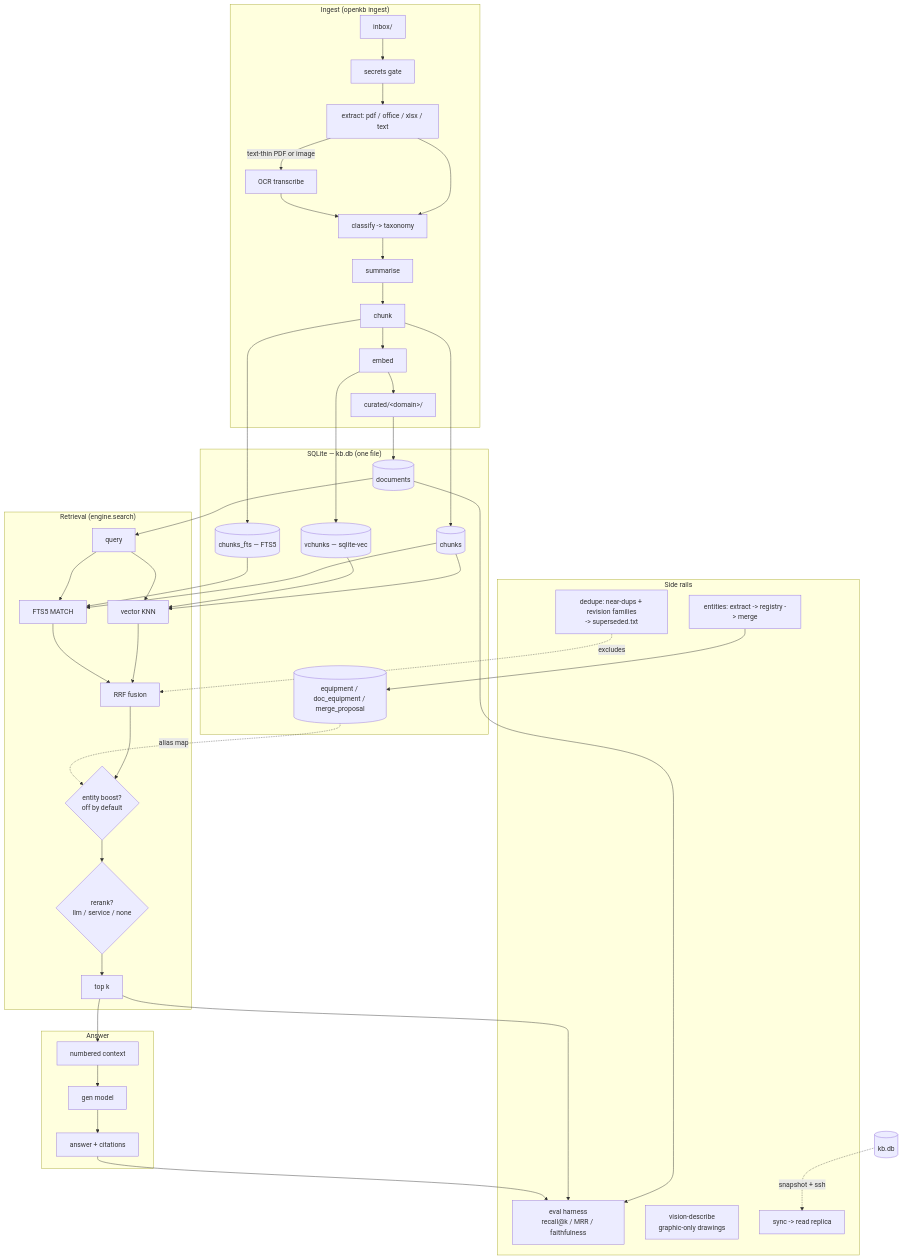
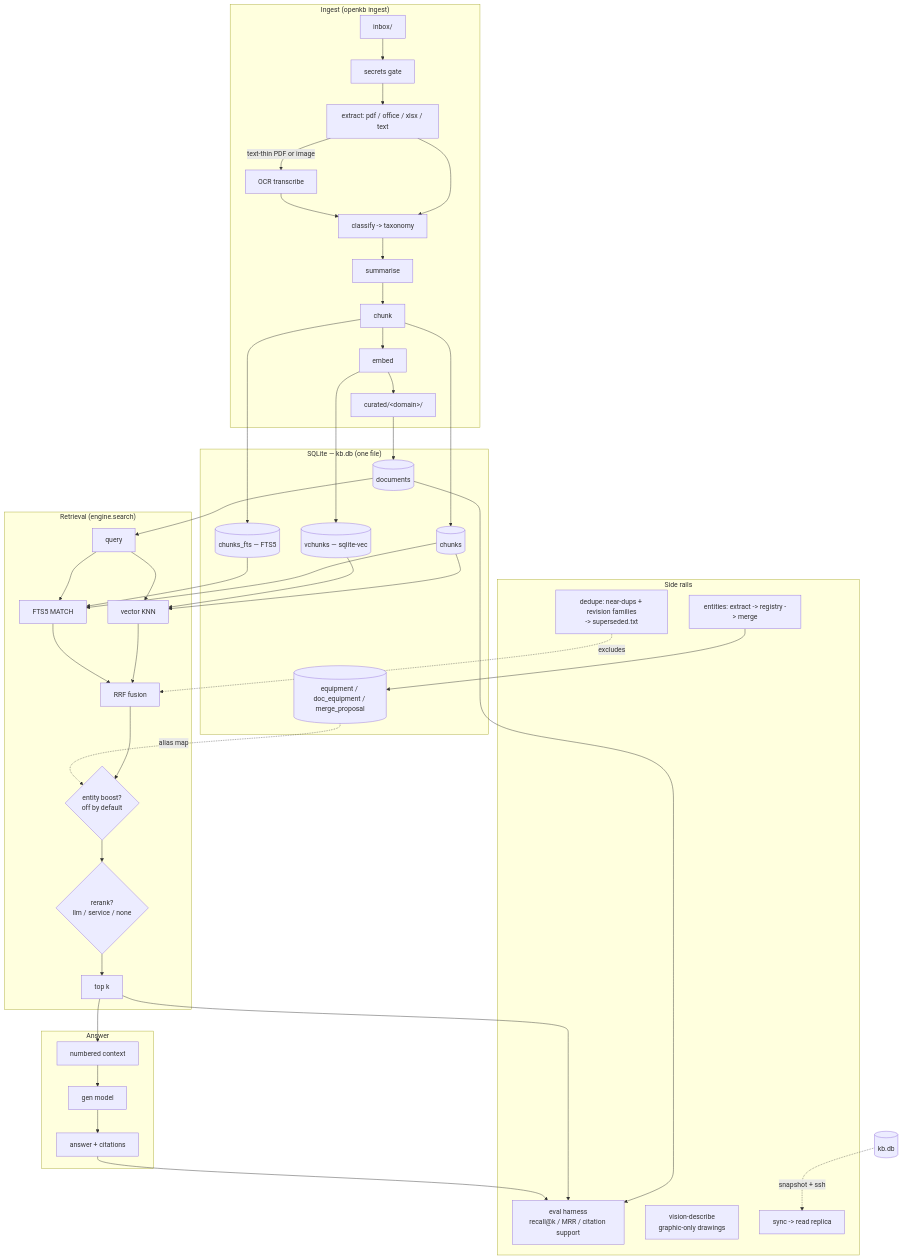
Before and after one commit to oraclemangle/open-kb: the diagram in docs/architecture.md, drawn with Mermaid. The commit also changed other lines of this file and 10 other files, not shown here.

````diff
--- a/docs/architecture.md
+++ b/docs/architecture.md
@@ -12,66 +12,66 @@
 ```mermaid
 flowchart TB
     subgraph ingest["Ingest (openkb ingest)"]
         A[inbox/] --> B[secrets gate]
         B --> C[extract: pdf / office / xlsx / text]
         C -->|text-thin PDF or image| D[OCR transcribe]
         C --> E[classify -> taxonomy]
         D --> E
         E --> F[summarise]
         F --> G[chunk]
         G --> H[embed]
         H --> I[curated/&lt;domain&gt;/]
     end
 
     subgraph db["SQLite — kb.db (one file)"]
         DOCS[(documents)]
         CHUNKS[(chunks)]
         VEC[(vchunks — sqlite-vec)]
         FTS[(chunks_fts — FTS5)]
         REG[(equipment / doc_equipment / merge_proposal)]
     end
 
     subgraph retrieval["Retrieval (engine.search)"]
         Q[query] --> VKNN[vector KNN]
         Q --> FTSQ[FTS5 MATCH]
         VKNN --> RRF[RRF fusion]
         FTSQ --> RRF
         RRF --> EB{entity boost?<br/>off by default}
         EB --> RR{rerank?<br/>llm / service / none}
         RR --> TOPK[top k]
     end
 
     subgraph answer["Answer"]
         TOPK --> CTX[numbered context]
         CTX --> LLM[gen model]
         LLM --> ANS[answer + citations]
     end
 
     subgraph rails["Side rails"]
-        EVAL[eval harness<br/>recall@k / MRR / faithfulness]
+        EVAL[eval harness<br/>recall@k / MRR / citation support]
         DEDUPE[dedupe: near-dups + revision families<br/>-> superseded.txt]
         VDESC[vision-describe<br/>graphic-only drawings]
         ENT[entities: extract -> registry -> merge]
         SYNC[sync -> read replica]
     end
 
     I --> DOCS
     G --> CHUNKS
     H --> VEC
     G --> FTS
     ENT --> REG
 
     DOCS --> Q
     CHUNKS --> VKNN
     CHUNKS --> FTSQ
     VEC --> VKNN
     FTS --> FTSQ
     REG -.alias map.-> EB
     DEDUPE -.excludes.-> RRF
 
     DOCS --> EVAL
     TOPK --> EVAL
     ANS --> EVAL
 
     DB_FILE[(kb.db)] -.snapshot + ssh.-> SYNC
 ```
````
